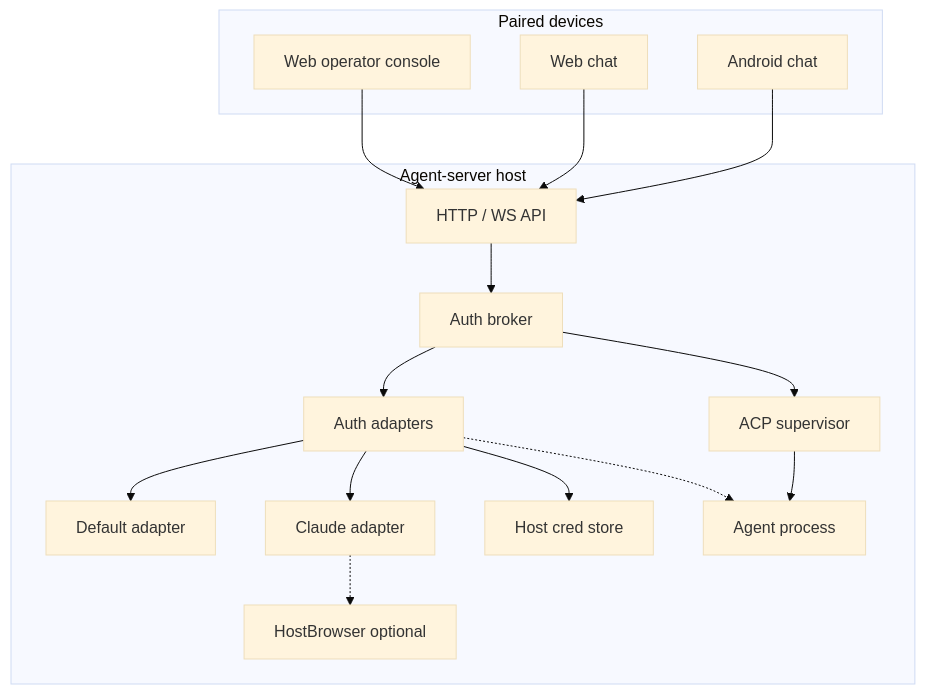
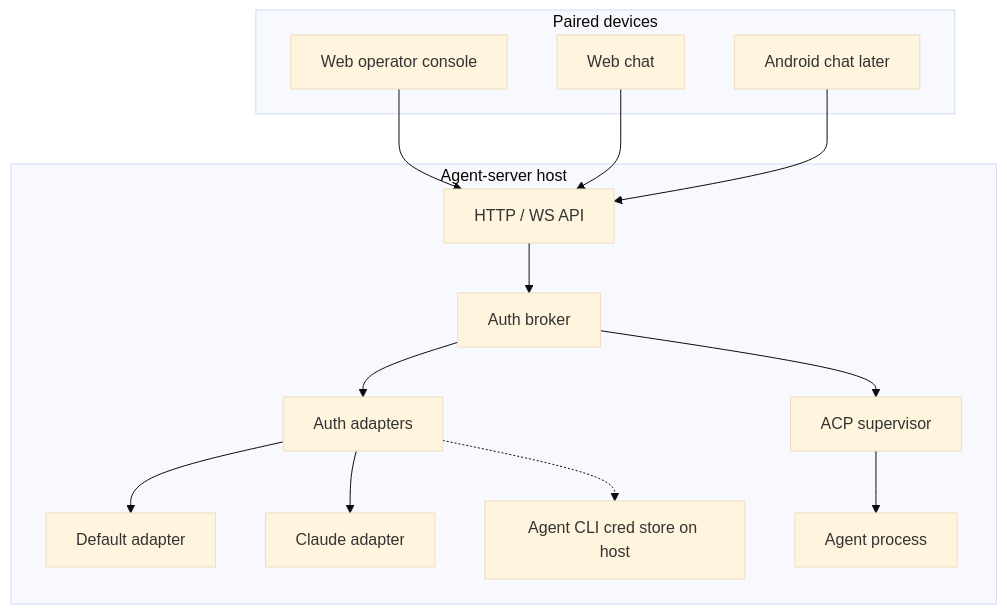
The first of 7 diagrams in docs/adr/0004-agent-auth-broker.md (codenamegary/harold), drawn with Mermaid (base theme) before and after one commit. The commit also changed other lines of this file and 1 other file, not shown here.

````diff
--- a/docs/adr/0004-agent-auth-broker.md
+++ b/docs/adr/0004-agent-auth-broker.md
@@ -65,33 +85,30 @@
 ```mermaid
 flowchart TB
   subgraph devices [Paired devices]
     Console[Web operator console]
     WebChat[Web chat]
-    Android[Android chat]
+    Android[Android chat later]
   end
 
   subgraph host [Agent-server host]
     API[HTTP / WS API]
     Broker[Auth broker]
     Adapters[Auth adapters]
     Default[Default adapter]
     Claude[Claude adapter]
-    HB[HostBrowser optional]
-    Creds[Host cred store]
+    HostCreds[Agent CLI cred store on host]
     Super[ACP supervisor]
     AgentProc[Agent process]
   end
 
   Console --> API
   WebChat --> API
   Android --> API
   API --> Broker
   Broker --> Adapters
   Adapters --> Default
   Adapters --> Claude
-  Claude -.-> HB
-  Adapters --> Creds
+  Adapters -.-> HostCreds
   Broker --> Super
   Super --> AgentProc
-  Adapters -.-> AgentProc
 ```
````
